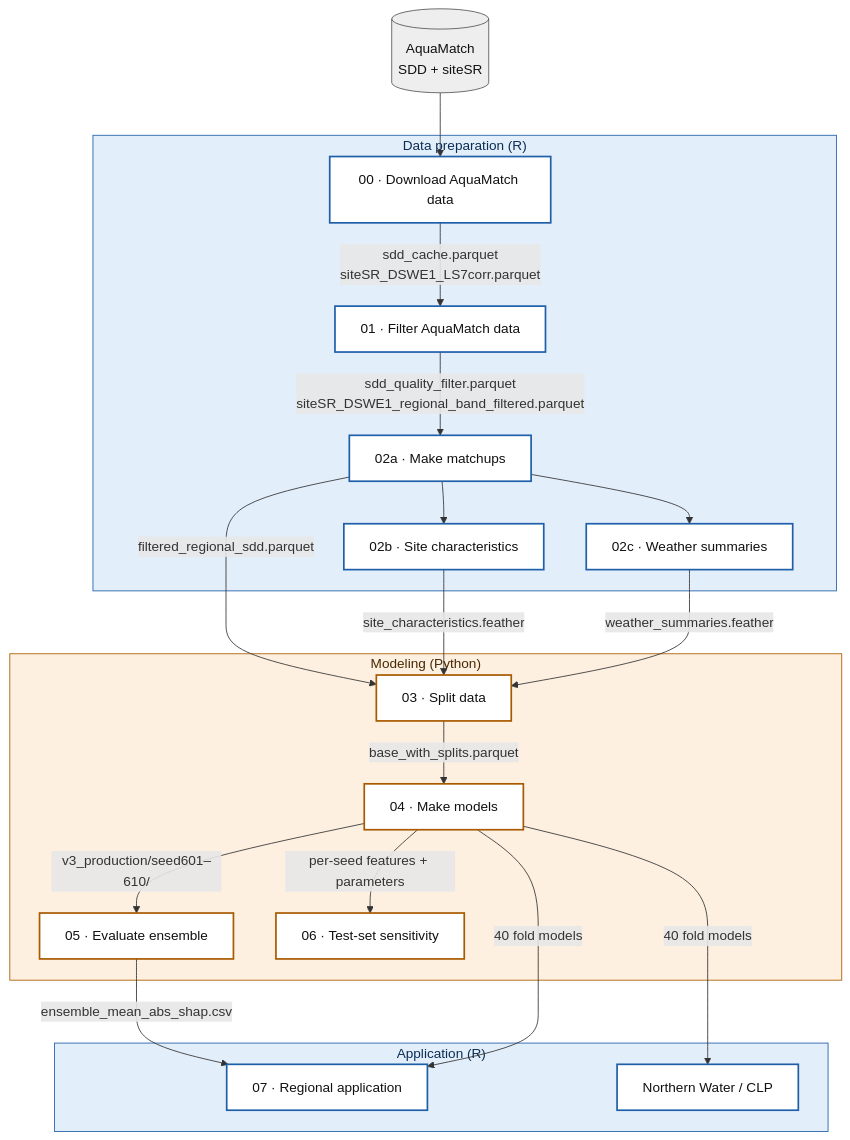
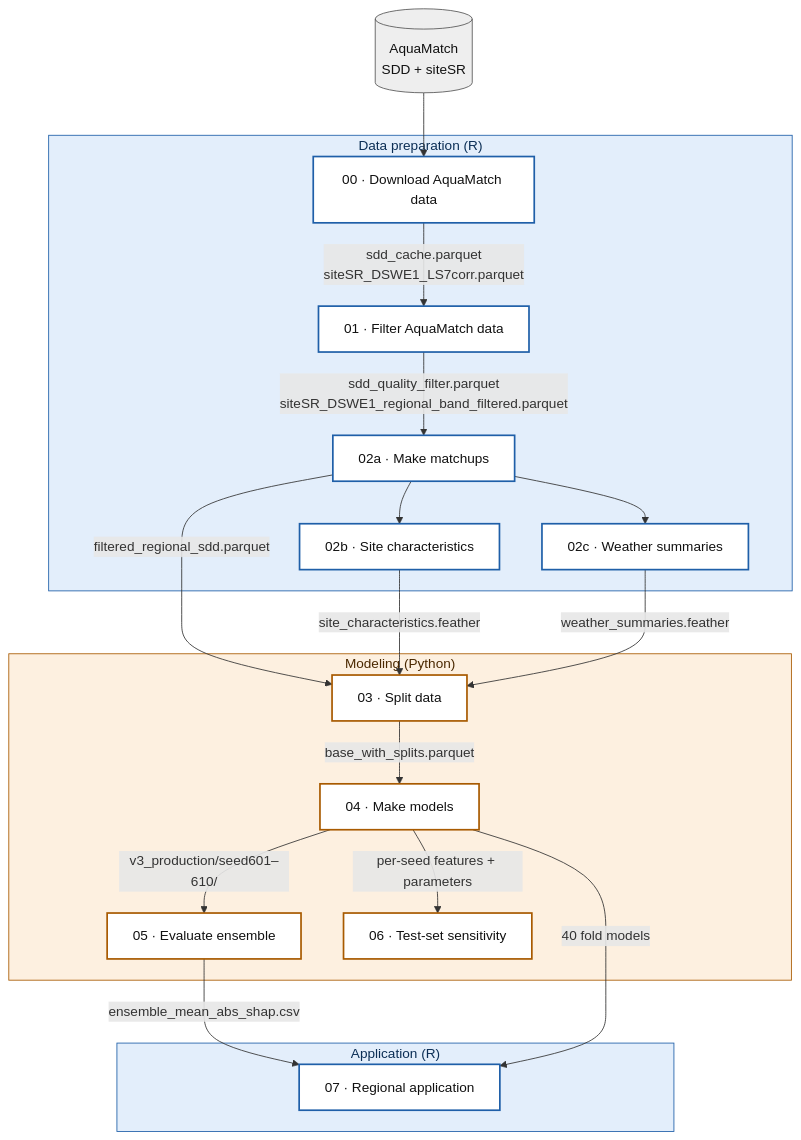
Before and after one commit to steeleb/regional-clarity-RS-model: the diagram in README.md, drawn with Mermaid. The commit also changed other lines of this file and 11 other files, not shown here.

````diff
--- a/README.md
+++ b/README.md
@@ -16,48 +20,46 @@
 ```mermaid
 flowchart TD
   AM[("AquaMatch<br/>SDD + siteSR")] --> S00
 
   subgraph PREP ["Data preparation (R)"]
     S00["00 · Download AquaMatch data"]
     S01["01 · Filter AquaMatch data"]
     S02["02a · Make matchups"]
     SC["02b · Site characteristics"]
     WX["02c · Weather summaries"]
   end
 
   subgraph MODEL ["Modeling (Python)"]
     S03["03 · Split data"]
     S04["04 · Make models"]
     S05["05 · Evaluate ensemble"]
     S06["06 · Test-set sensitivity"]
   end
 
   subgraph APPLY ["Application (R)"]
     S07["07 · Regional application"]
-    NW["Northern Water / CLP"]
   end
 
   S00 -->|"sdd_cache.parquet<br/>siteSR_DSWE1_LS7corr.parquet"| S01
   S01 -->|"sdd_quality_filter.parquet<br/>siteSR_DSWE1_regional_band_filtered.parquet"| S02
   S02 -->|"filtered_regional_sdd.parquet"| S03
   S02 --> SC
   S02 --> WX
   SC -->|"site_characteristics.feather"| S03
   WX -->|"weather_summaries.feather"| S03
   S03 -->|"base_with_splits.parquet"| S04
   S04 -->|"v3_production/seed601–610/"| S05
   S04 -->|"per-seed features + parameters"| S06
   S05 -->|"ensemble_mean_abs_shap.csv"| S07
   S04 -->|"40 fold models"| S07
-  S04 -->|"40 fold models"| NW
 
   classDef src fill:#eeeeee,stroke:#555555,color:#111111
   classDef rstep fill:#ffffff,stroke:#1f5fa8,stroke-width:2px,color:#111111
   classDef pystep fill:#ffffff,stroke:#a85a00,stroke-width:2px,color:#111111
   class AM src
-  class S00,S01,S02,SC,WX,S07,NW rstep
+  class S00,S01,S02,SC,WX,S07 rstep
   class S03,S04,S05,S06 pystep
   style PREP fill:#e3eefb,stroke:#1f5fa8,color:#0b2e55
   style MODEL fill:#fdf0e0,stroke:#a85a00,color:#4a2800
   style APPLY fill:#e3eefb,stroke:#1f5fa8,color:#0b2e55
 ```
````
